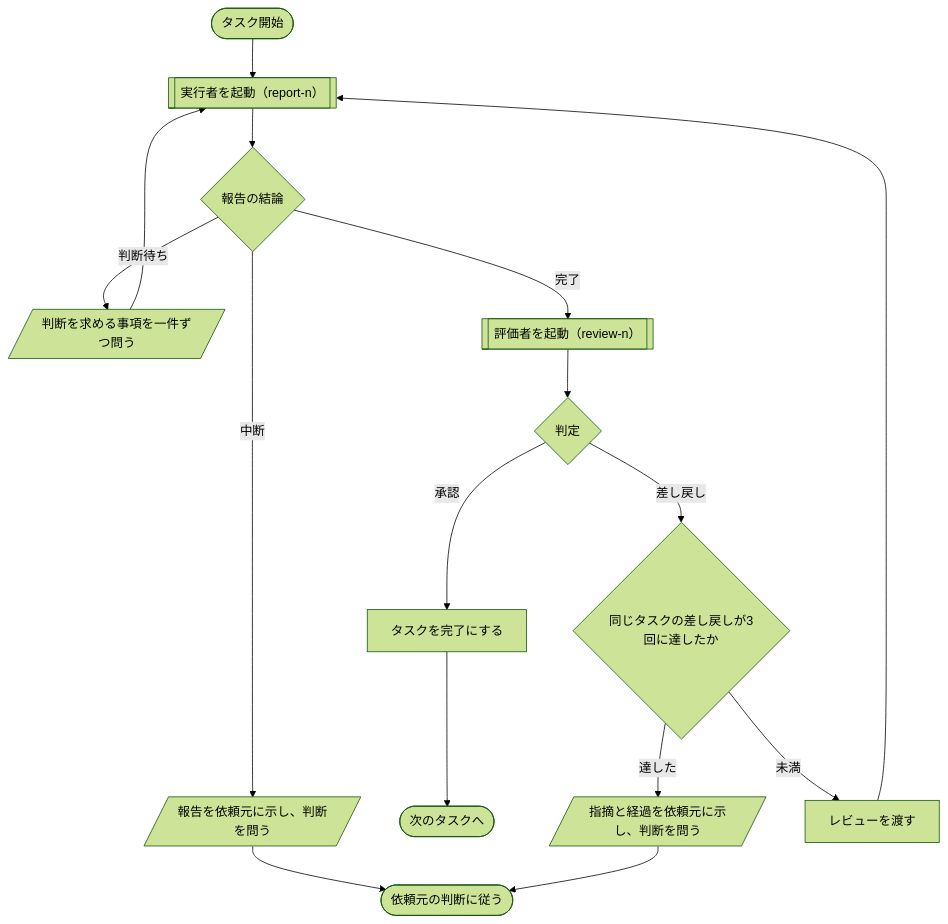
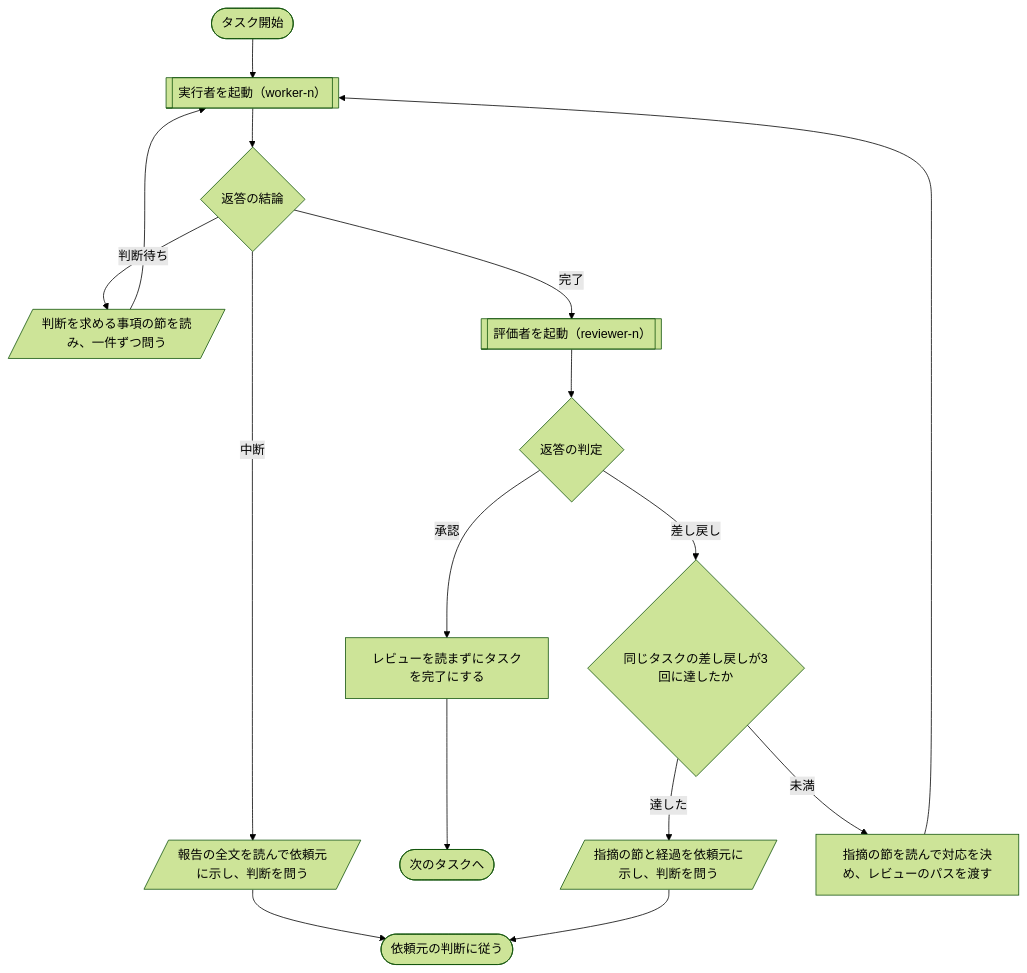
The second of 2 diagrams in docs/design/skills/execute.md (bizhermit/hermit-works), drawn with Mermaid (forest theme) before and after one commit. The commit also changed other lines of this file and 14 other files, not shown here.

````diff
--- a/docs/design/skills/execute.md
+++ b/docs/design/skills/execute.md
@@ -47,18 +48,18 @@
 ```mermaid
 flowchart TD
-    S([タスク開始]) --> W1[["実行者を起動（report-n）"]]
-    W1 --> W2{"報告の結論"}
-    W2 -- 判断待ち --> W3[/"判断を求める事項を一件ずつ問う"/]
+    S([タスク開始]) --> W1[["実行者を起動（worker-n）"]]
+    W1 --> W2{"返答の結論"}
+    W2 -- 判断待ち --> W3[/"判断を求める事項の節を読み、一件ずつ問う"/]
     W3 --> W1
-    W2 -- 中断 --> W4[/"報告を依頼元に示し、判断を問う"/]
+    W2 -- 中断 --> W4[/"報告の全文を読んで依頼元に示し、判断を問う"/]
     W4 --> U(["依頼元の判断に従う"])
-    W2 -- 完了 --> R1[["評価者を起動（review-n）"]]
-    R1 --> R2{"判定"}
-    R2 -- 承認 --> R3["タスクを完了にする"]
+    W2 -- 完了 --> R1[["評価者を起動（reviewer-n）"]]
+    R1 --> R2{"返答の判定"}
+    R2 -- 承認 --> R3["レビューを読まずにタスクを完了にする"]
     R3 --> T([次のタスクへ])
     R2 -- 差し戻し --> R4{"同じタスクの差し戻しが3回に達したか"}
-    R4 -- 達した --> R5[/"指摘と経過を依頼元に示し、判断を問う"/]
+    R4 -- 達した --> R5[/"指摘の節と経過を依頼元に示し、判断を問う"/]
     R5 --> U
-    R4 -- 未満 --> W5["レビューを渡す"]
+    R4 -- 未満 --> W5["指摘の節を読んで対応を決め、レビューのパスを渡す"]
     W5 --> W1
 ```
````
